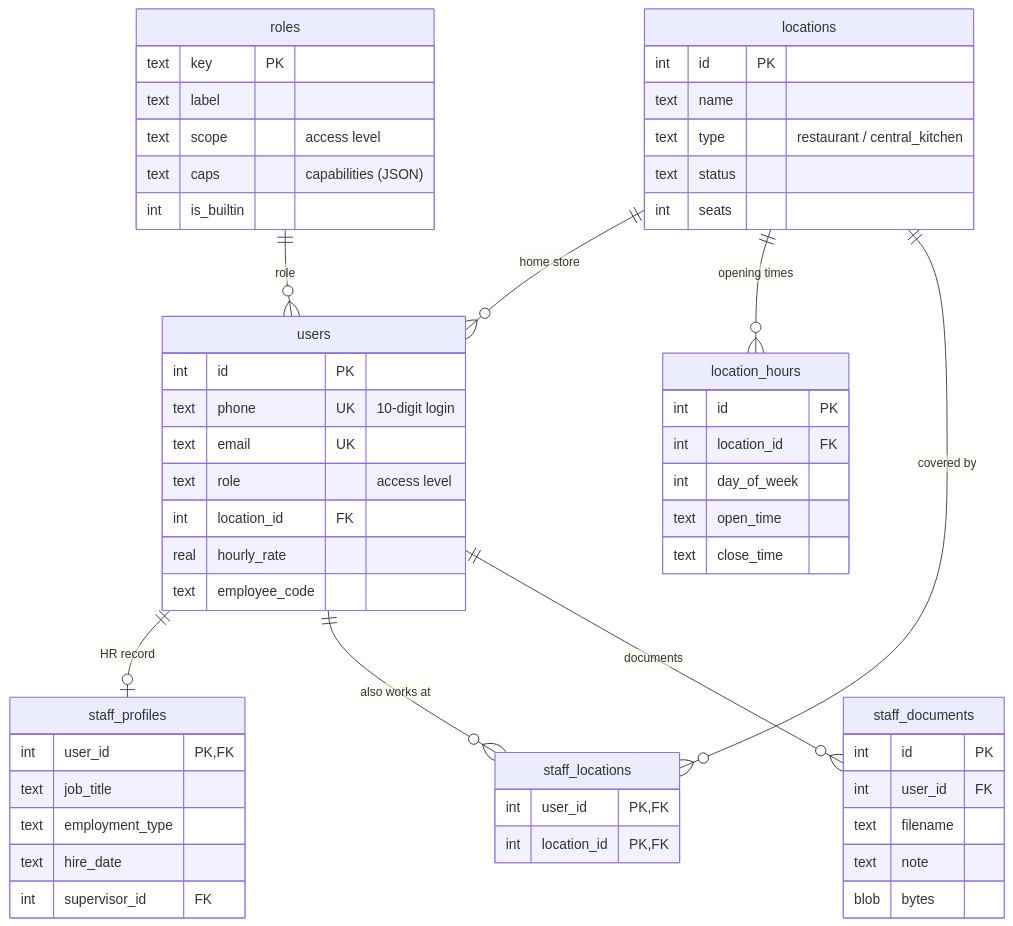
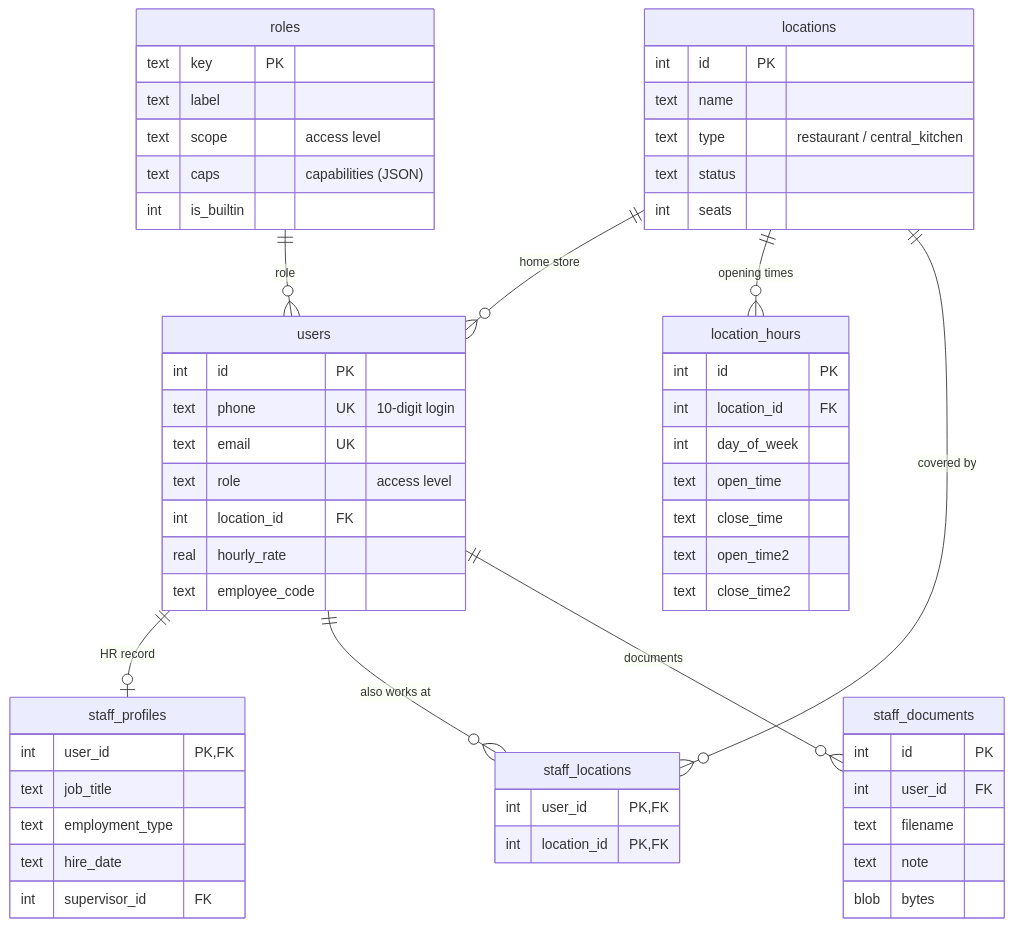
Before and after one commit to nolanle-gmail/pho-ha-noi: the second of 16 diagrams in docs/HANDBOOK.md, drawn with Mermaid. The commit also changed other lines of this file, not shown here.

````diff
--- a/docs/HANDBOOK.md
+++ b/docs/HANDBOOK.md
@@ -139,58 +139,60 @@
 ```mermaid
 erDiagram
   locations ||--o{ users : "home store"
   locations ||--o{ location_hours : "opening times"
   roles ||--o{ users : "role"
   users ||--o| staff_profiles : "HR record"
   users ||--o{ staff_locations : "also works at"
   users ||--o{ staff_documents : "documents"
   locations ||--o{ staff_locations : "covered by"
   staff_documents {
     int id PK
     int user_id FK
     text filename
     text note
     blob bytes
   }
   roles {
     text key PK
     text label
     text scope "access level"
     text caps "capabilities (JSON)"
     int is_builtin
   }
   locations {
     int id PK
     text name
     text type "restaurant / central_kitchen"
     text status
     int seats
   }
   users {
     int id PK
     text phone UK "10-digit login"
     text email UK
     text role "access level"
     int location_id FK
     real hourly_rate
     text employee_code
   }
   staff_profiles {
     int user_id PK,FK
     text job_title
     text employment_type
     text hire_date
     int supervisor_id FK
   }
   staff_locations {
     int user_id PK,FK
     int location_id PK,FK
   }
   location_hours {
     int id PK
     int location_id FK
     int day_of_week
     text open_time
     text close_time
+    text open_time2
+    text close_time2
   }
 ```
````
